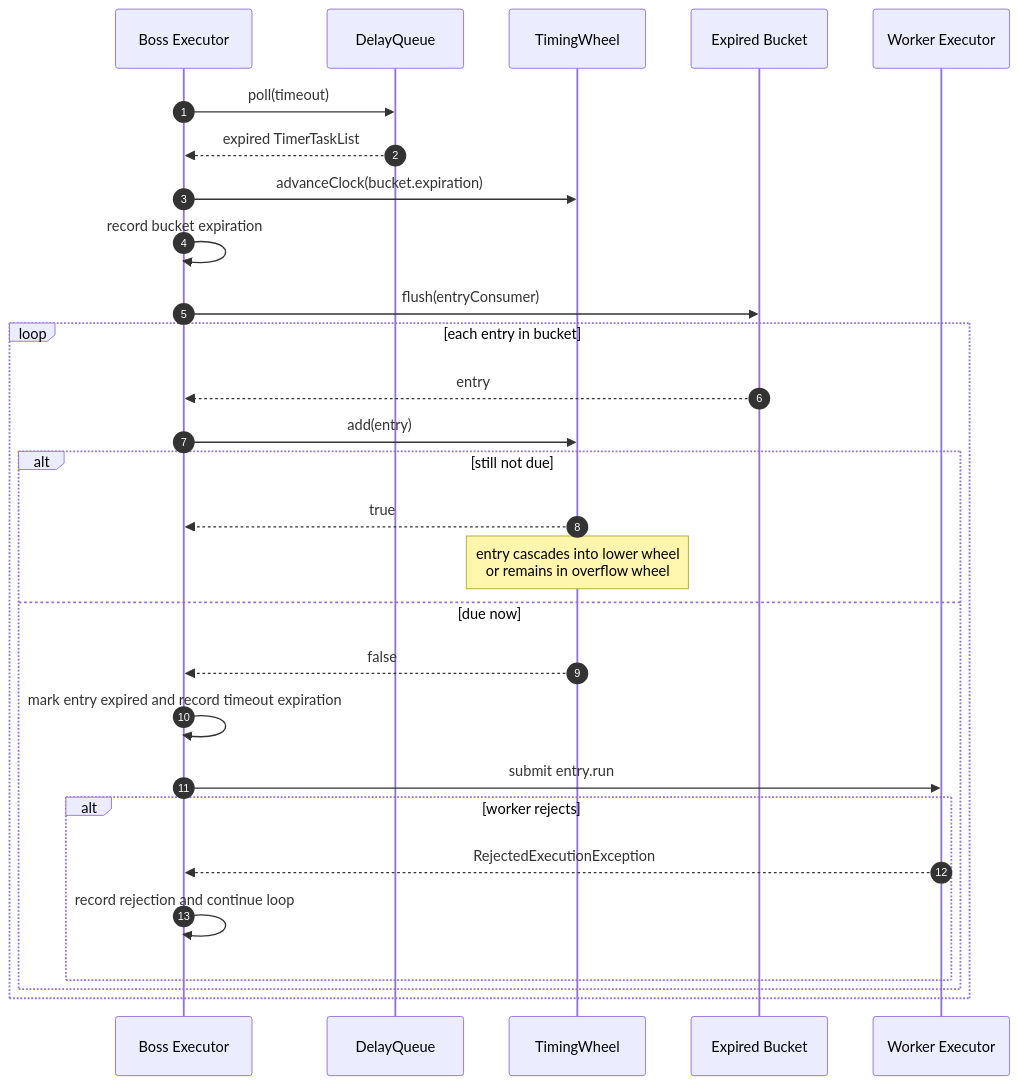
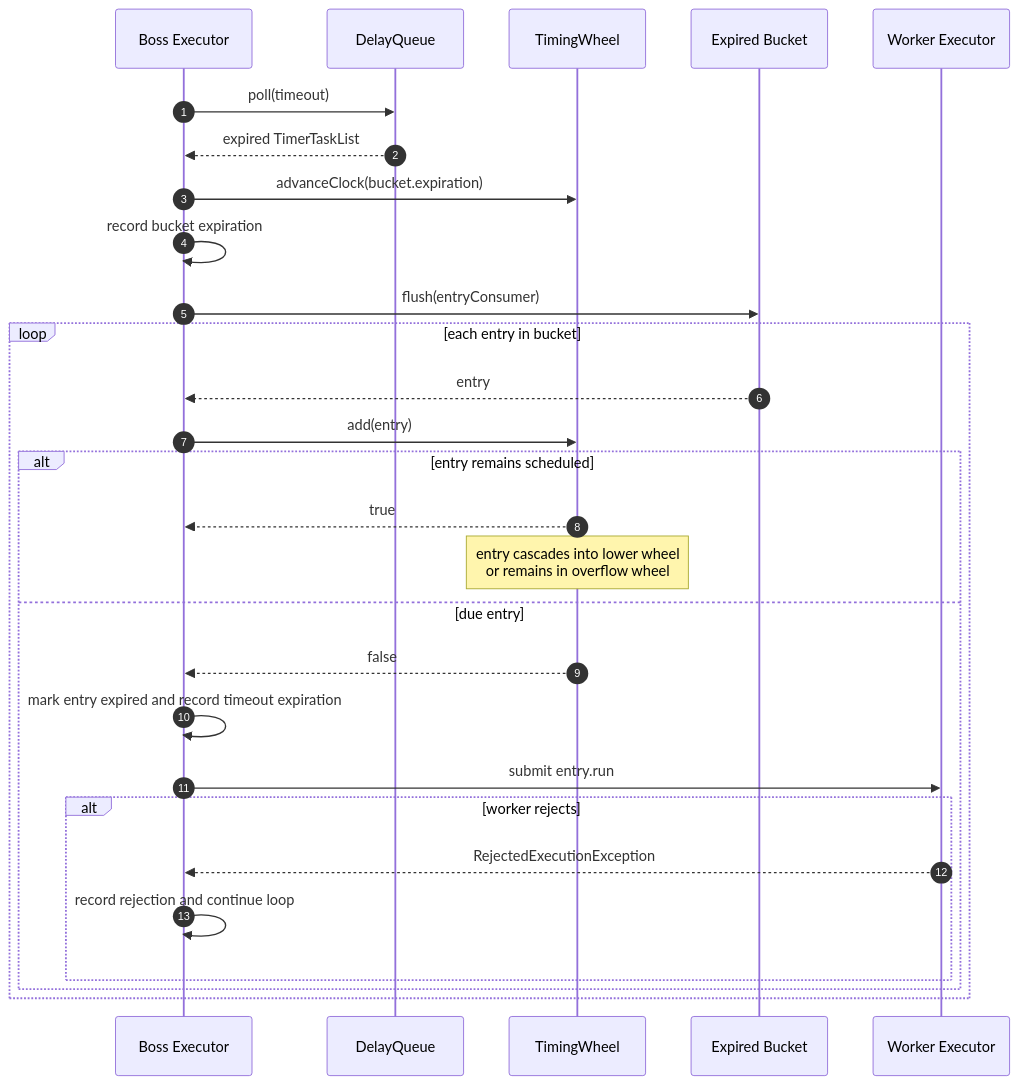
Before and after one commit to photowey/timewheel4j: the sixth of 10 diagrams in docs/architecture.md, drawn with Mermaid. The commit also changed other lines of this file and 3 other files, not shown here.

````diff
--- a/docs/architecture.md
+++ b/docs/architecture.md
@@ -254,32 +255,32 @@
 ```mermaid
 sequenceDiagram
     autonumber
     participant Boss as Boss Executor
     participant DQ as DelayQueue
     participant TW as TimingWheel
     participant B as Expired Bucket
     participant EX as Worker Executor
 
     Boss->>DQ: poll(timeout)
     DQ-->>Boss: expired TimerTaskList
     Boss->>TW: advanceClock(bucket.expiration)
     Boss->>Boss: record bucket expiration
     Boss->>B: flush(entryConsumer)
 
     loop each entry in bucket
         B-->>Boss: entry
         Boss->>TW: add(entry)
-        alt still not due
+        alt entry remains scheduled
             TW-->>Boss: true
             Note over TW: entry cascades into lower wheel<br/>or remains in overflow wheel
-        else due now
+        else due entry
             TW-->>Boss: false
             Boss->>Boss: mark entry expired and record timeout expiration
             Boss->>EX: submit entry.run
             alt worker rejects
                 EX-->>Boss: RejectedExecutionException
                 Boss->>Boss: record rejection and continue loop
             end
         end
     end
 ```
````
